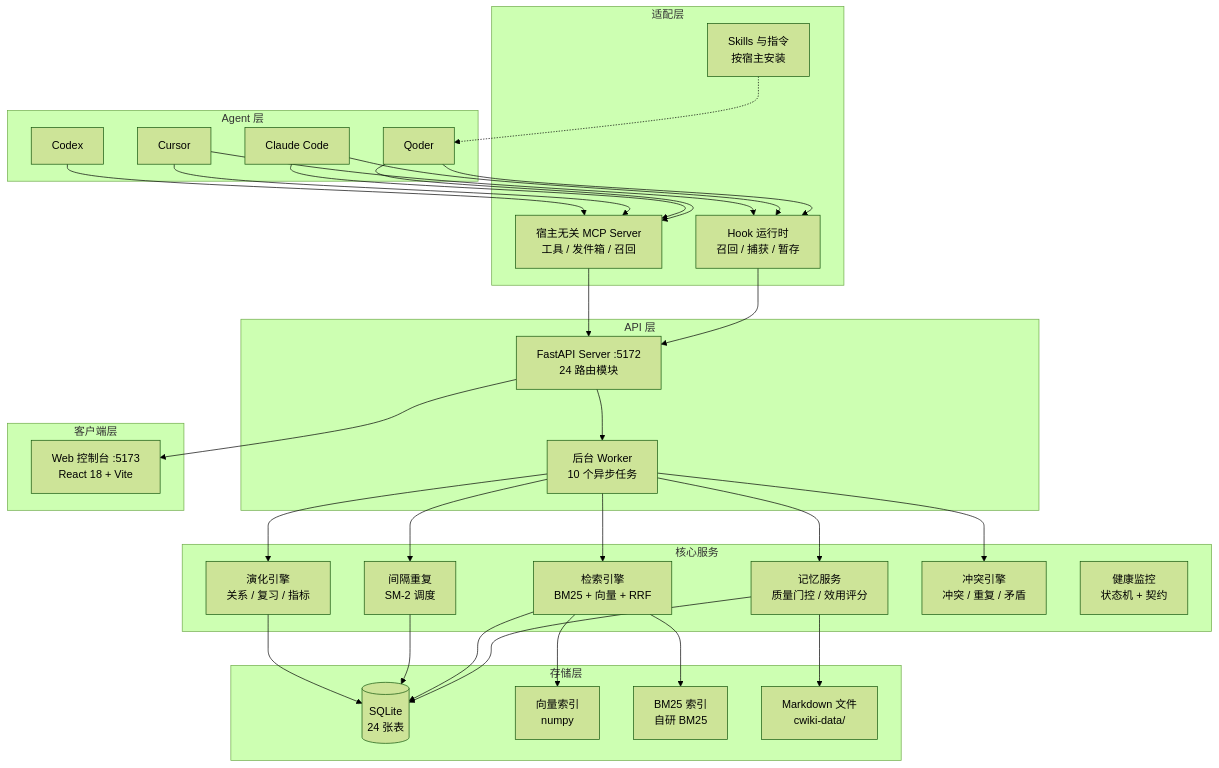
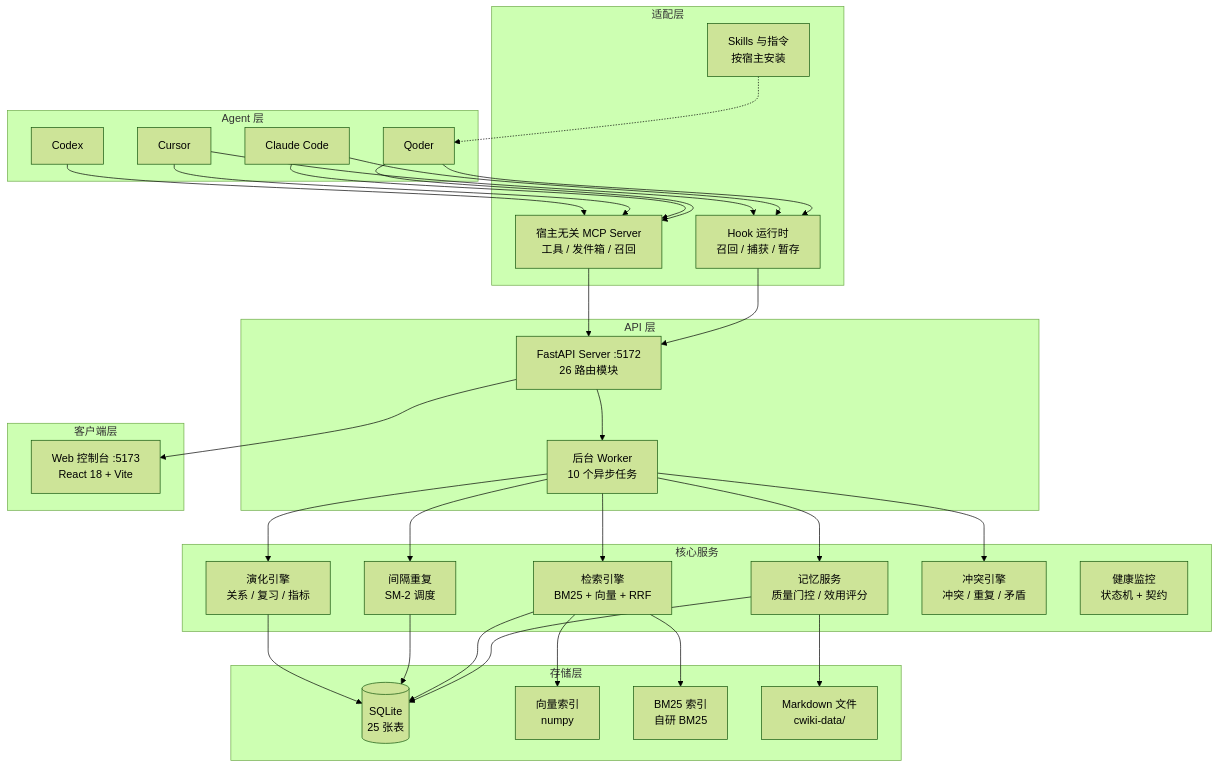
Before and after one commit to Chance-Wu/cwiki: the diagram in README.md, drawn with Mermaid (forest theme). The commit also changed other lines of this file and 25 other files, not shown here.

````diff
--- a/README.md
+++ b/README.md
@@ -56,68 +58,68 @@
 ```mermaid
 graph TB
     subgraph "Agent 层"
         Qoder[Qoder]
         Claude[Claude Code]
         Cursor[Cursor]
         Codex[Codex]
     end
 
     subgraph "适配层"
         MCP[宿主无关 MCP Server<br/>工具 / 发件箱 / 召回]
         Hooks[Hook 运行时<br/>召回 / 捕获 / 暂存]
         Skills[Skills 与指令<br/>按宿主安装]
     end
 
     subgraph "API 层"
-        API[FastAPI Server :5172<br/>24 路由模块]
+        API[FastAPI Server :5172<br/>26 路由模块]
         Worker[后台 Worker<br/>10 个异步任务]
     end
 
     subgraph "核心服务"
         Memory[记忆服务<br/>质量门控 / 效用评分]
         Retrieval[检索引擎<br/>BM25 + 向量 + RRF]
         Spaced[间隔重复<br/>SM-2 调度]
         Evolution[演化引擎<br/>关系 / 复习 / 指标]
         Conflict[冲突引擎<br/>冲突 / 重复 / 矛盾]
         Health[健康监控<br/>状态机 + 契约]
     end
 
     subgraph "存储层"
-        DB[(SQLite<br/>24 张表)]
+        DB[(SQLite<br/>25 张表)]
         Vector[向量索引<br/>numpy]
         BM25[BM25 索引<br/>自研 BM25]
         Files[Markdown 文件<br/>cwiki-data/]
     end
 
     subgraph "客户端层"
         WebUI[Web 控制台 :5173<br/>React 18 + Vite]
     end
 
     Qoder --> MCP
     Claude --> MCP
     Cursor --> MCP
     Codex --> MCP
     Qoder --> Hooks
     Claude --> Hooks
     Cursor --> Hooks
     Hooks --> API
     MCP --> API
     Skills -.-> Qoder
 
     API --> Worker
     Worker --> Memory
     Worker --> Retrieval
     Worker --> Spaced
     Worker --> Evolution
     Worker --> Conflict
 
     Memory --> DB
     Memory --> Files
     Retrieval --> Vector
     Retrieval --> BM25
     Retrieval --> DB
     Spaced --> DB
     Evolution --> DB
 
     API --> WebUI
 ```
````
